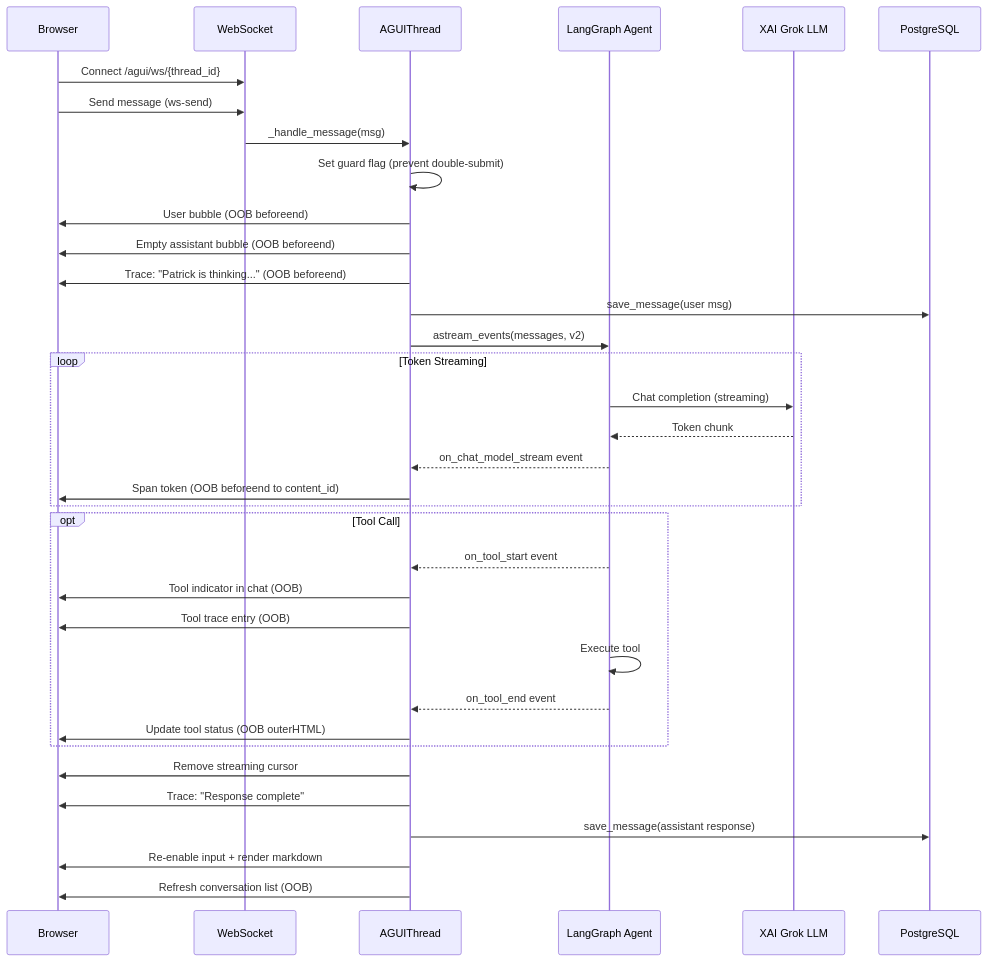
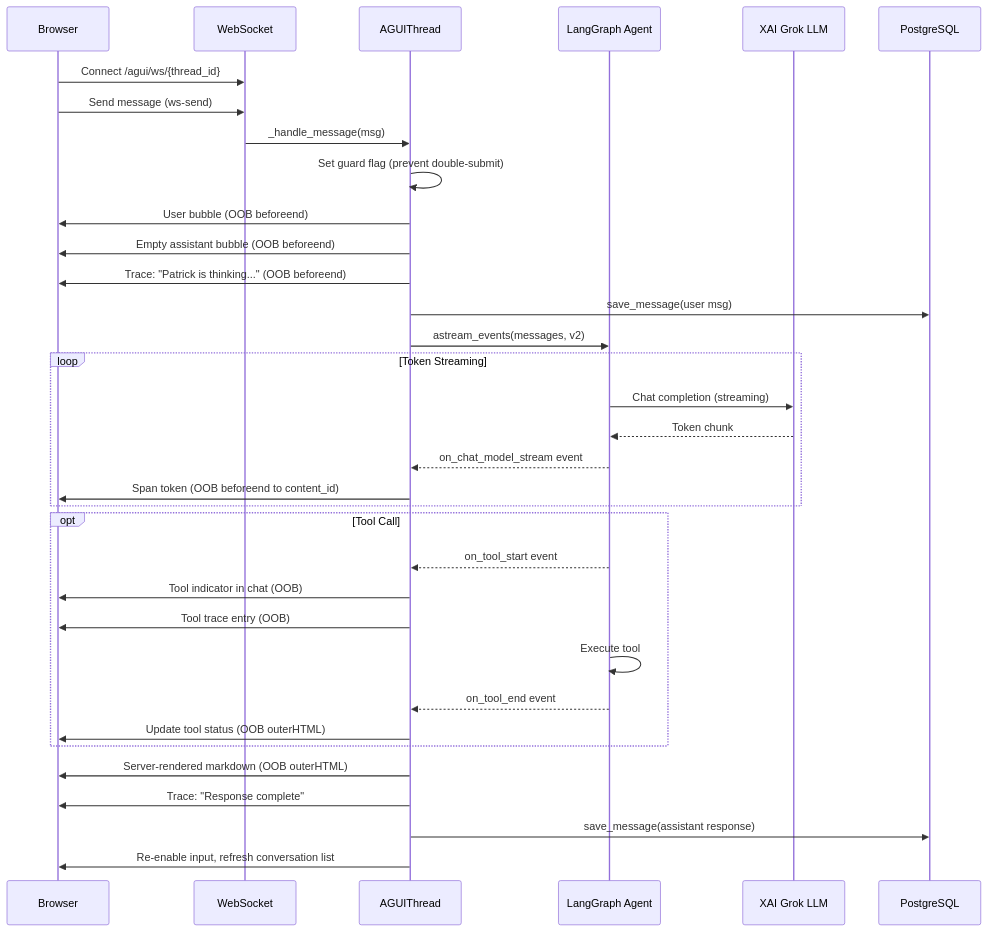
The third of 8 diagrams in docs/architecture_readme.md (predictivelabsai/mentastic), drawn with Mermaid before and after one commit. The commit also changed other lines of this file and 7 other files, not shown here.

First line of the commit message:
Enrich architecture docs with AG UI concept and 3-pane design narrative

````diff
--- a/docs/architecture_readme.md
+++ b/docs/architecture_readme.md
@@ -52,42 +135,41 @@
 ```mermaid
 sequenceDiagram
     participant B as Browser
     participant WS as WebSocket
     participant T as AGUIThread
     participant A as LangGraph Agent
     participant L as XAI Grok LLM
     participant DB as PostgreSQL
 
     B->>WS: Connect /agui/ws/{thread_id}
     B->>WS: Send message (ws-send)
     WS->>T: _handle_message(msg)
     T->>T: Set guard flag (prevent double-submit)
     T->>B: User bubble (OOB beforeend)
     T->>B: Empty assistant bubble (OOB beforeend)
     T->>B: Trace: "Patrick is thinking..." (OOB beforeend)
     T->>DB: save_message(user msg)
 
     T->>A: astream_events(messages, v2)
 
     loop Token Streaming
         A->>L: Chat completion (streaming)
         L-->>A: Token chunk
         A-->>T: on_chat_model_stream event
         T->>B: Span token (OOB beforeend to content_id)
     end
 
     opt Tool Call
         A-->>T: on_tool_start event
         T->>B: Tool indicator in chat (OOB)
         T->>B: Tool trace entry (OOB)
         A->>A: Execute tool
         A-->>T: on_tool_end event
         T->>B: Update tool status (OOB outerHTML)
     end
 
-    T->>B: Remove streaming cursor
+    T->>B: Server-rendered markdown (OOB outerHTML)
     T->>B: Trace: "Response complete"
     T->>DB: save_message(assistant response)
-    T->>B: Re-enable input + render markdown
-    T->>B: Refresh conversation list (OOB)
+    T->>B: Re-enable input, refresh conversation list
 ```
````
